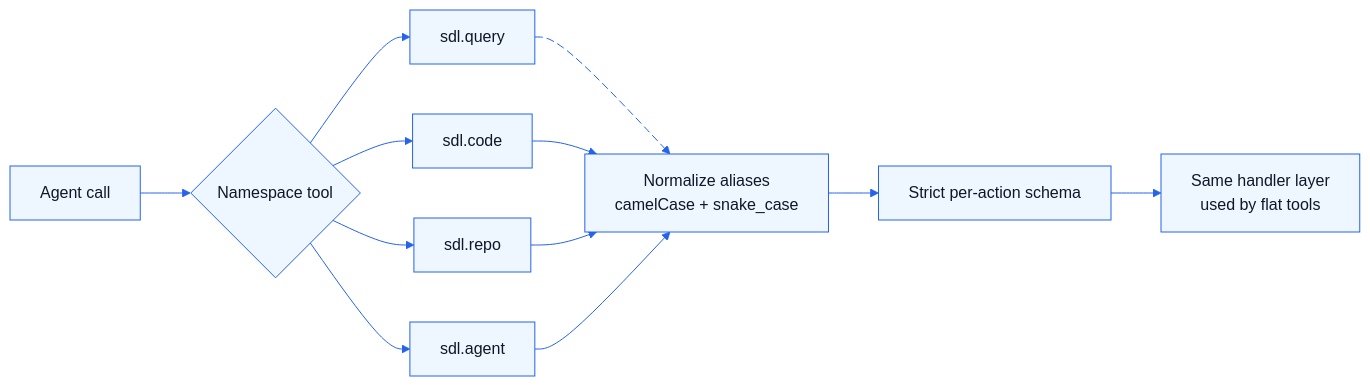
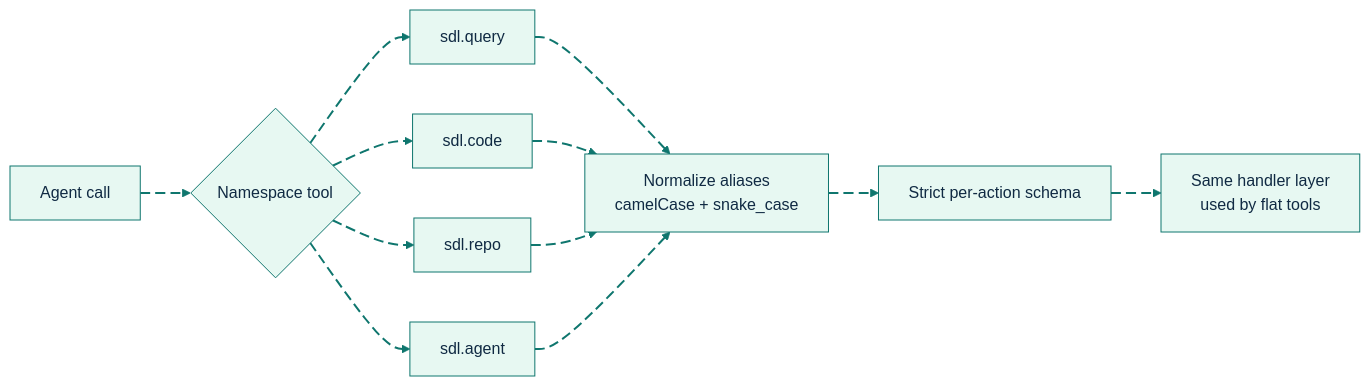
Before and after one commit to GlitterKill/sdl-mcp: the second of 2 diagrams in docs/feature-deep-dives/tool-gateway.md, drawn with Mermaid. The commit also changed other lines of this file and 33 other files, not shown here.

First line of the commit message:
docs: update mermaid diagram themes and styling across documentation

````diff
--- a/docs/feature-deep-dives/tool-gateway.md
+++ b/docs/feature-deep-dives/tool-gateway.md
@@ -45,19 +51,25 @@
 ```mermaid
-%%{init: {"theme":"base","themeVariables":{"primaryColor":"#eef6ff","primaryBorderColor":"#2563eb","primaryTextColor":"#0f172a","secondaryColor":"#e9fff4","secondaryBorderColor":"#12715b","tertiaryColor":"#fff4d6","tertiaryBorderColor":"#b45309","lineColor":"#2563eb","fontFamily":"Trebuchet MS, Arial"},"flowchart":{"curve":"basis"}}}%%
+%%{init: {"theme":"base","themeVariables":{"background":"#ffffff","primaryColor":"#E7F8F2","primaryBorderColor":"#0F766E","primaryTextColor":"#102A43","secondaryColor":"#E8F1FF","secondaryBorderColor":"#2563EB","secondaryTextColor":"#102A43","tertiaryColor":"#FFF4D6","tertiaryBorderColor":"#B45309","tertiaryTextColor":"#102A43","lineColor":"#0F766E","textColor":"#102A43","fontFamily":"Inter, ui-sans-serif, system-ui, -apple-system, BlinkMacSystemFont, Segoe UI, sans-serif"},"flowchart":{"curve":"basis","htmlLabels":true}}}%%
 flowchart LR
-    Agent["Agent call"] --> Gateway{"Namespace tool"}
-    Gateway --> Q["sdl.query"]
-    Gateway --> C["sdl.code"]
-    Gateway --> R["sdl.repo"]
-    Gateway --> A["sdl.agent"]
+    Agent["Agent call"] e1@--> Gateway{"Namespace tool"}
+    Gateway e2@--> Q["sdl.query"]
+    Gateway e3@--> C["sdl.code"]
+    Gateway e4@--> R["sdl.repo"]
+    Gateway e5@--> A["sdl.agent"]
 
-    Q e1@--> Normalize["Normalize aliases<br/>camelCase + snake_case"]
-    C --> Normalize
-    R --> Normalize
-    A --> Normalize
-    Normalize --> Strict["Strict per-action schema"]
-    Strict --> Handler["Same handler layer<br/>used by flat tools"]
+    Q e6@--> Normalize["Normalize aliases<br/>camelCase + snake_case"]
+    C e7@--> Normalize
+    R e8@--> Normalize
+    A e9@--> Normalize
+    Normalize e10@--> Strict["Strict per-action schema"]
+    Strict e11@--> Handler["Same handler layer<br/>used by flat tools"]
 
-    classDef animate stroke-dasharray: 8\,4,stroke-dashoffset: 240,animation: dash 18s linear infinite;
-    class e1 animate;
+    classDef source fill:#E7F8F2,stroke:#0F766E,stroke-width:2px,color:#102A43;
+    classDef process fill:#E8F1FF,stroke:#2563EB,stroke-width:2px,color:#102A43;
+    classDef decision fill:#FFF4D6,stroke:#B45309,stroke-width:2px,color:#102A43;
+    classDef storage fill:#F2E8FF,stroke:#7C3AED,stroke-width:2px,color:#102A43;
+    classDef output fill:#FFE8EF,stroke:#BE123C,stroke-width:2px,color:#102A43;
+    classDef muted fill:#F8FAFC,stroke:#64748B,stroke-width:1px,color:#102A43;
+    classDef animate stroke:#0F766E,stroke-width:2px,stroke-dasharray:10\,5,stroke-dashoffset:900,animation:dash 22s linear infinite;
+    class e1,e2,e3,e4,e5,e6,e7,e8,e9,e10,e11 animate;
 ```
````
